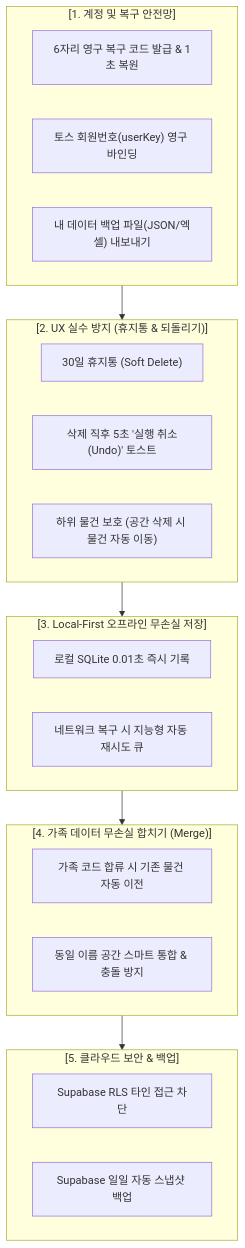
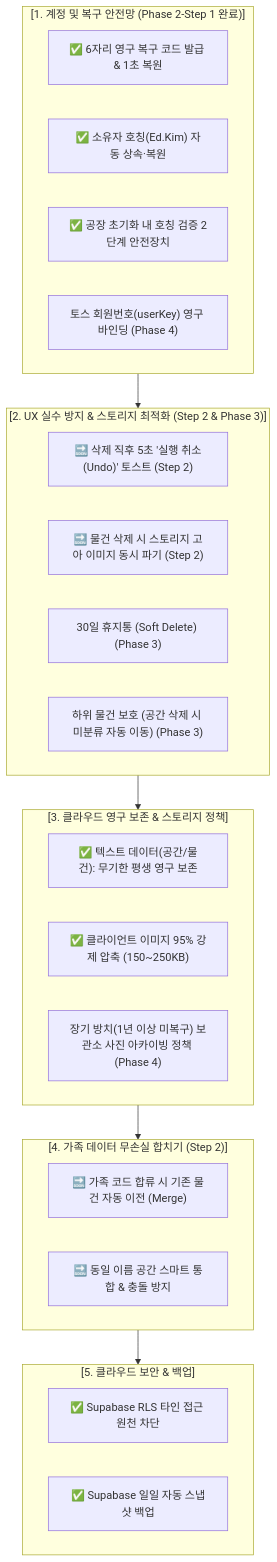
The second of 3 diagrams in docs/roadmap_and_summary.md (tauriqon/where-is-it), drawn with Mermaid before and after one commit. The commit also changed other lines of this file, not shown here.

Commit message:
docs: update roadmap and data retention policy (v1.1.0-b00234)

````diff
--- a/docs/roadmap_and_summary.md
+++ b/docs/roadmap_and_summary.md
@@ -41,34 +49,37 @@
 ```mermaid
 flowchart TD
-    subgraph S1["[1. 계정 및 복구 안전망]"]
-        S1_1["6자리 영구 복구 코드 발급 & 1초 복원"]
-        S1_2["토스 회원번호(userKey) 영구 바인딩"]
-        S1_3["내 데이터 백업 파일(JSON/엑셀) 내보내기"]
+    subgraph S1["[1. 계정 및 복구 안전망 (Phase 2-Step 1 완료)]"]
+        S1_1["✅ 6자리 영구 복구 코드 발급 & 1초 복원"]
+        S1_2["✅ 소유자 호칭(Ed.Kim) 자동 상속·복원"]
+        S1_3["✅ 공장 초기화 내 호칭 검증 2단계 안전장치"]
+        S1_4["토스 회원번호(userKey) 영구 바인딩 (Phase 4)"]
     end
 
-    subgraph S2["[2. UX 실수 방지 (휴지통 & 되돌리기)]"]
-        S2_1["30일 휴지통 (Soft Delete)"]
-        S2_2["삭제 직후 5초 '실행 취소(Undo)' 토스트"]
-        S2_3["하위 물건 보호 (공간 삭제 시 물건 자동 이동)"]
+    subgraph S2["[2. UX 실수 방지 & 스토리지 최적화 (Step 2 & Phase 3)]"]
+        S2_1["🔜 삭제 직후 5초 '실행 취소(Undo)' 토스트 (Step 2)"]
+        S2_2["🔜 물건 삭제 시 스토리지 고아 이미지 동시 파기 (Step 2)"]
+        S2_3["30일 휴지통 (Soft Delete) (Phase 3)"]
+        S2_4["하위 물건 보호 (공간 삭제 시 미분류 자동 이동) (Phase 3)"]
     end
 
-    subgraph S3["[3. Local-First 오프라인 무손실 저장]"]
-        S3_1["로컬 SQLite 0.01초 즉시 기록"]
-        S3_2["네트워크 복구 시 지능형 자동 재시도 큐"]
+    subgraph S3["[3. 클라우드 영구 보존 & 스토리지 정책]"]
+        S3_1["✅ 텍스트 데이터(공간/물건): 무기한 평생 영구 보존"]
+        S3_2["✅ 클라이언트 이미지 95% 강제 압축 (150~250KB)"]
+        S3_3["장기 방치(1년 이상 미복구) 보관소 사진 아카이빙 정책 (Phase 4)"]
     end
 
-    subgraph S4["[4. 가족 데이터 무손실 합치기 (Merge)]"]
-        S4_1["가족 코드 합류 시 기존 물건 자동 이전"]
-        S4_2["동일 이름 공간 스마트 통합 & 충돌 방지"]
+    subgraph S4["[4. 가족 데이터 무손실 합치기 (Step 2)]"]
+        S4_1["🔜 가족 코드 합류 시 기존 물건 자동 이전 (Merge)"]
+        S4_2["🔜 동일 이름 공간 스마트 통합 & 충돌 방지"]
     end
 
     subgraph S5["[5. 클라우드 보안 & 백업]"]
-        S5_1["Supabase RLS 타인 접근 차단"]
-        S5_2["Supabase 일일 자동 스냅샷 백업"]
+        S5_1["✅ Supabase RLS 타인 접근 원천 차단"]
+        S5_2["✅ Supabase 일일 자동 스냅샷 백업"]
     end
 
     S1 --> S2
     S2 --> S3
     S3 --> S4
     S4 --> S5
 ```
````
